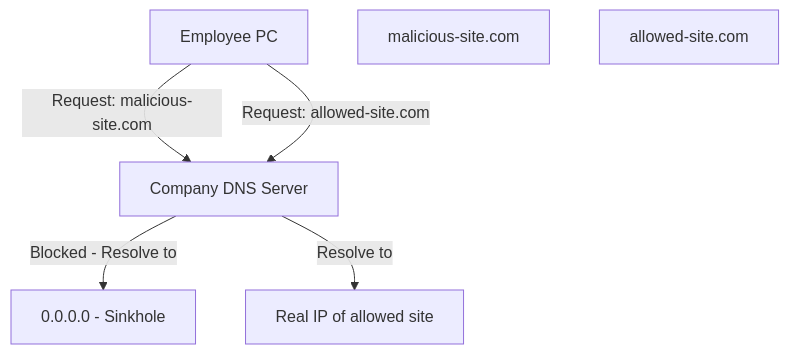
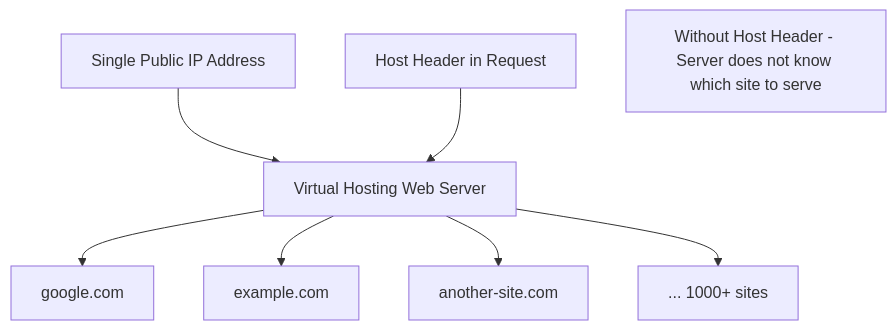
One commit to ammaryasser28/Introduction-To-Cyber-Security changed the third of 5 diagrams in DNS/Sinkhole.md. Above: the diagram before and after it, drawn with Mermaid. The commit also changed other lines of this file, not shown here.

````diff
--- a/DNS/Sinkhole.md
+++ b/DNS/Sinkhole.md
@@ -13,14 +131,11 @@
 ```mermaid
 graph TD
-    Employee[Employee PC]
-    DNS[Company DNS Server]
-    BadSite[malicious-site.com]
-    Sinkhole[0.0.0.0 - Sinkhole]
-    GoodSite[allowed-site.com]
-    RealIP[Real IP of allowed site]
+    IP[Single Public IP Address] --> VH[Virtual Hosting Web Server]
+    VH --> Site1[google.com]
+    VH --> Site2[example.com]
+    VH --> Site3[another-site.com]
+    VH --> SiteN[... 1000+ sites]
 
-    Employee -- Request: malicious-site.com --> DNS
-    DNS -- Blocked - Resolve to --> Sinkhole
-    Employee -- Request: allowed-site.com --> DNS
-    DNS -- Resolve to --> RealIP
+    HH[Host Header in Request] --> VH
+    Note1[Without Host Header - Server does not know which site to serve]
 ```
````
